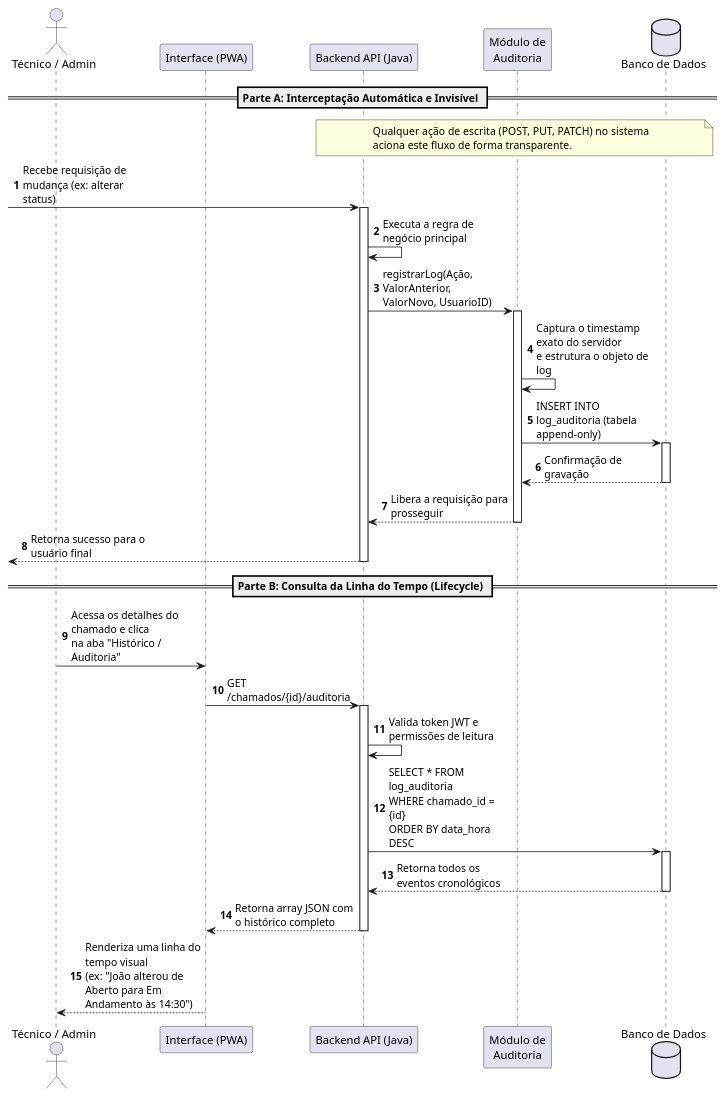
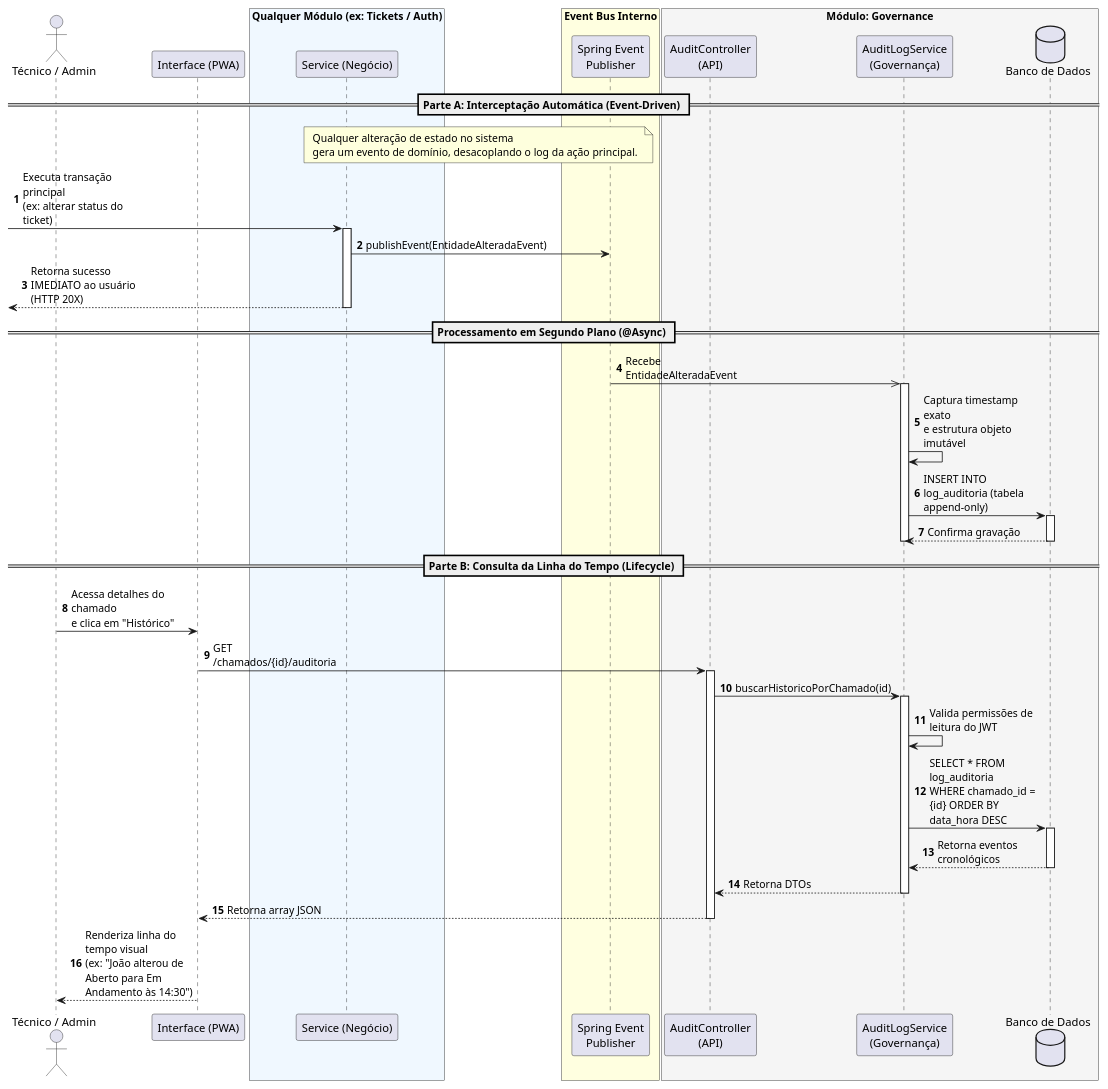
Before and after one commit to marciuuu/rIT-help-desk: the diagram in docs/use-case-uml/case7.puml, drawn with PlantUML. The commit also changed 13 other files, not shown here.

```diff
--- a/docs/use-case-uml/case7.puml
+++ b/docs/use-case-uml/case7.puml
@@ -1,58 +1,68 @@
 @startuml
 ' Configurações visuais
 skinparam maxMessageSize 150
 skinparam handwritten false
 skinparam responseMessageBelowArrow true
 autonumber
 
-' Atores e Participantes
 actor "Técnico / Admin" as user
 participant "Interface (PWA)" as pwa
-participant "Backend API (Java)" as api
-participant "Módulo de\nAuditoria" as audit
-database "Banco de Dados" as db
 
-== Parte A: Interceptação Automática e Invisível ==
-note over api, db : Qualquer ação de escrita (POST, PUT, PATCH) no sistema\naciona este fluxo de forma transparente.
+box "Qualquer Módulo (ex: Tickets / Auth)" #F0F8FF
+    participant "Service (Negócio)" as service
+end box
 
-[-> api : Recebe requisição de mudança (ex: alterar status)
-activate api
+box "Event Bus Interno" #FFFFE0
+    participant "Spring Event\nPublisher" as eventBus
+end box
 
-api -> api : Executa a regra de negócio principal
+box "Módulo: Governance" #F5F5F5
+    participant "AuditController\n(API)" as apiGov
+    participant "AuditLogService\n(Governança)" as gov
+    database "Banco de Dados" as db
+end box
 
-' O Módulo de auditoria intercepta a ação
-api -> audit : registrarLog(Ação, ValorAnterior, ValorNovo, UsuarioID)
-activate audit
+== Parte A: Interceptação Automática (Event-Driven) ==
+note over service, eventBus : Qualquer alteração de estado no sistema\ngera um evento de domínio, desacoplando o log da ação principal.
 
-audit -> audit : Captura o timestamp exato do servidor\ne estrutura o objeto de log
+[-> service : Executa transação principal\n(ex: alterar status do ticket)
+activate service
+service -> eventBus : publishEvent(EntidadeAlteradaEvent)
+service -->[ : Retorna sucesso IMEDIATO ao usuário (HTTP 20X)
+deactivate service
 
-audit -> db : INSERT INTO log_auditoria (tabela append-only)
+== Processamento em Segundo Plano (@Async) ==
+
+eventBus ->> gov : Recebe EntidadeAlteradaEvent
+activate gov
+gov -> gov : Captura timestamp exato\ne estrutura objeto imutável
+gov -> db : INSERT INTO log_auditoria (tabela append-only)
 activate db
-db --> audit : Confirmação de gravação
+db --> gov : Confirma gravação
 deactivate db
-
-audit --> api : Libera a requisição para prosseguir
-deactivate audit
-
-api -->[ : Retorna sucesso para o usuário final
-deactivate api
+deactivate gov
 
 == Parte B: Consulta da Linha do Tempo (Lifecycle) ==
 
-user -> pwa : Acessa os detalhes do chamado e clica\nna aba "Histórico / Auditoria"
-pwa -> api : GET /chamados/{id}/auditoria
+user -> pwa : Acessa detalhes do chamado\ne clica em "Histórico"
+pwa -> apiGov : GET /chamados/{id}/auditoria
+activate apiGov
 
-activate api
-api -> api : Valida token JWT e permissões de leitura
+apiGov -> gov : buscarHistoricoPorChamado(id)
+activate gov
+gov -> gov : Valida permissões de leitura do JWT
 
-api -> db : SELECT * FROM log_auditoria\nWHERE chamado_id = {id}\nORDER BY data_hora DESC
+gov -> db : SELECT * FROM log_auditoria\nWHERE chamado_id = {id} ORDER BY data_hora DESC
 activate db
-db --> api : Retorna todos os eventos cronológicos
+db --> gov : Retorna eventos cronológicos
 deactivate db
 
-api --> pwa : Retorna array JSON com o histórico completo
-deactivate api
+gov --> apiGov : Retorna DTOs
+deactivate gov
 
-pwa --> user : Renderiza uma linha do tempo visual\n(ex: "João alterou de Aberto para Em Andamento às 14:30")
+apiGov --> pwa : Retorna array JSON
+deactivate apiGov
+
+pwa --> user : Renderiza linha do tempo visual\n(ex: "João alterou de Aberto para Em Andamento às 14:30")
 
 @enduml
```
